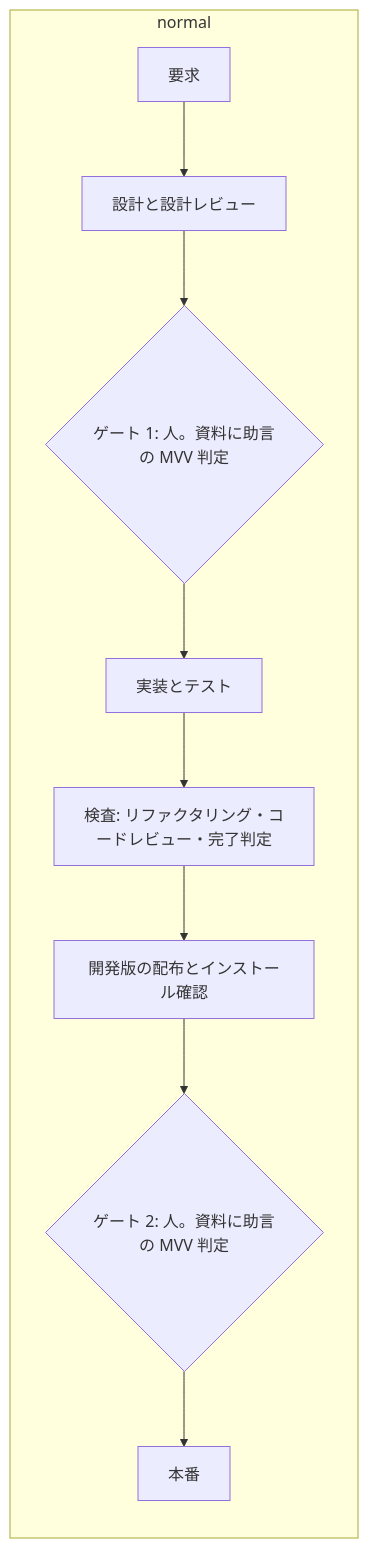
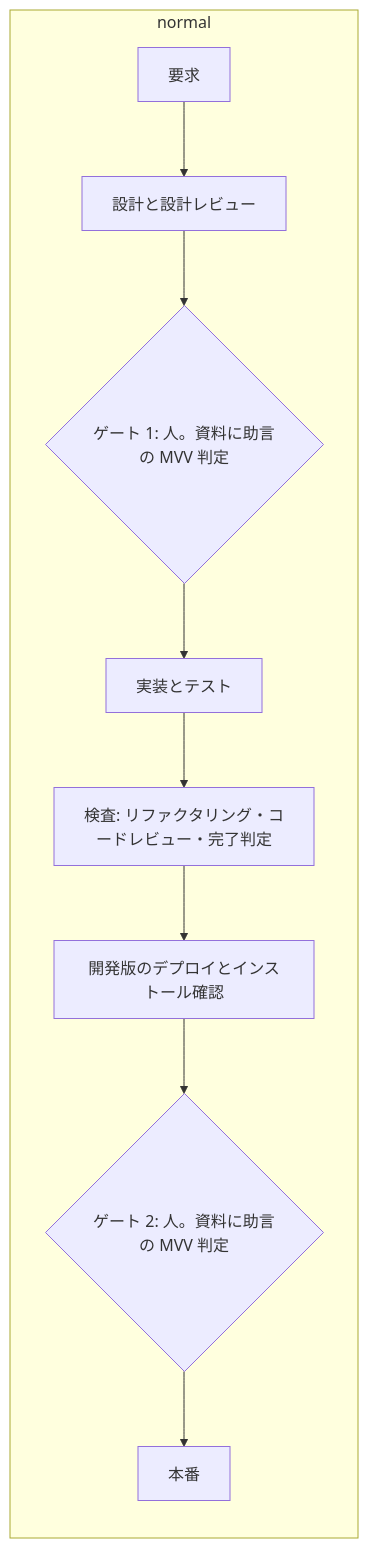
The first of 3 diagrams in plugins/ndf/skills/development-workflow/references/pace.md (devbasex/ai-plugins), drawn with Mermaid before and after one commit. The commit also changed other lines of this file and 107 other files, not shown here.

````diff
--- a/plugins/ndf/skills/development-workflow/references/pace.md
+++ b/plugins/ndf/skills/development-workflow/references/pace.md
@@ -28,8 +28,8 @@
 ```mermaid
 graph LR
     subgraph normal
         N1[要求] --> N2[設計と設計レビュー] --> N3{ゲート 1: 人。資料に助言の MVV 判定}
         N3 --> N4[実装とテスト] --> N5[検査: リファクタリング・コードレビュー・完了判定]
-        N5 --> N6[開発版の配布とインストール確認] --> N7{ゲート 2: 人。資料に助言の MVV 判定} --> N8[本番]
+        N5 --> N6[開発版のデプロイとインストール確認] --> N7{ゲート 2: 人。資料に助言の MVV 判定} --> N8[本番]
     end
 ```
````
